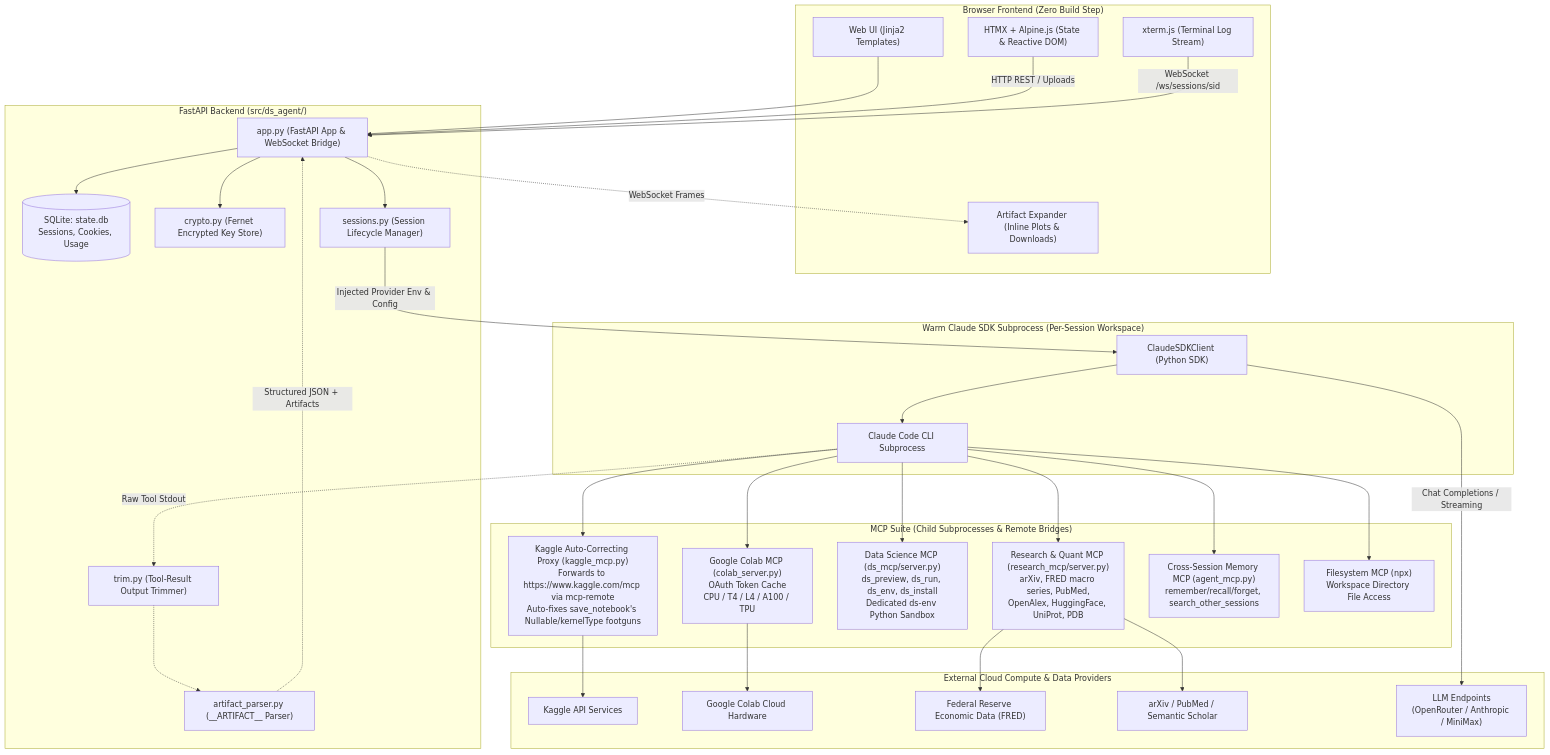
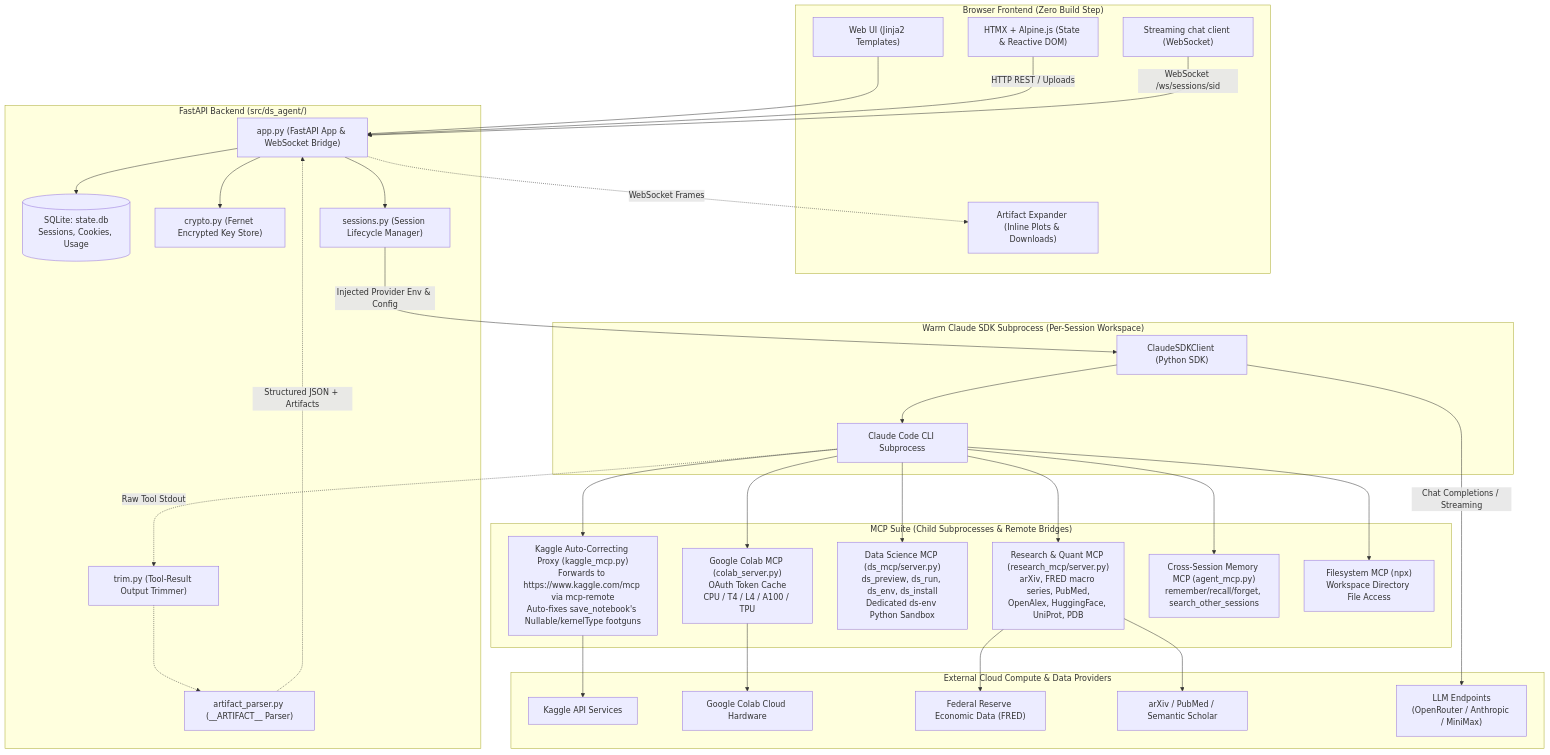
One commit to davidmiheev/ds-agent changed the first of 5 diagrams in docs/arch.md. Above: the diagram before and after it, drawn with Mermaid. The commit also changed 3 other files, not shown here.

First line of the commit message:
docs: add prioritized roadmap; fix stale terminal and model-hang claims

````diff
--- a/docs/arch.md
+++ b/docs/arch.md
@@ -11,66 +11,66 @@
 ```mermaid
 flowchart TD
     subgraph Client["Browser Frontend (Zero Build Step)"]
         UI["Web UI (Jinja2 Templates)"]
         HTMX["HTMX + Alpine.js (State & Reactive DOM)"]
-        XTerm["xterm.js (Terminal Log Stream)"]
+        XTerm["Streaming chat client (WebSocket)"]
         ArtExp["Artifact Expander (Inline Plots & Downloads)"]
     end
 
     subgraph Server["FastAPI Backend (src/ds_agent/)"]
         App["app.py (FastAPI App & WebSocket Bridge)"]
         DB[("SQLite: state.db\nSessions, Cookies, Usage")]
         Vault["crypto.py (Fernet Encrypted Key Store)"]
         Sessions["sessions.py (Session Lifecycle Manager)"]
         Parser["artifact_parser.py (__ARTIFACT__ Parser)"]
         Trimmer["trim.py (Tool-Result Output Trimmer)"]
     end
 
     subgraph Subprocess["Warm Claude SDK Subprocess (Per-Session Workspace)"]
         SDK["ClaudeSDKClient (Python SDK)"]
         CLI["Claude Code CLI Subprocess"]
     end
 
     subgraph MCPs["MCP Suite (Child Subprocesses & Remote Bridges)"]
         KaggleMCP["Kaggle Auto-Correcting Proxy (kaggle_mcp.py)\nForwards to https://www.kaggle.com/mcp via mcp-remote\nAuto-fixes save_notebook's Nullable/kernelType footguns"]
         ColabMCP["Google Colab MCP (colab_server.py)\nOAuth Token Cache\nCPU / T4 / L4 / A100 / TPU"]
         DSMCP["Data Science MCP (ds_mcp/server.py)\nds_preview, ds_run, ds_env, ds_install\nDedicated ds-env Python Sandbox"]
         ResearchMCP["Research & Quant MCP (research_mcp/server.py)\narXiv, FRED macro series, PubMed,\nOpenAlex, HuggingFace, UniProt, PDB"]
         MemoryMCP["Cross-Session Memory MCP (agent_mcp.py)\nremember/recall/forget, search_other_sessions"]
         FSMCP["Filesystem MCP (npx)\nWorkspace Directory File Access"]
     end
 
     subgraph External["External Cloud Compute & Data Providers"]
         KaggleAPI["Kaggle API Services"]
         ColabCloud["Google Colab Cloud Hardware"]
         FREDAPI["Federal Reserve Economic Data (FRED)"]
         arXivAPI["arXiv / PubMed / Semantic Scholar"]
         LLMGateways["LLM Endpoints\n(OpenRouter / Anthropic / MiniMax)"]
     end
 
     UI --> App
     HTMX -->|HTTP REST / Uploads| App
     XTerm -->|WebSocket /ws/sessions/sid| App
     App --> DB
     App --> Vault
     App --> Sessions
     Sessions -->|Injected Provider Env & Config| SDK
     SDK --> CLI
     CLI --> KaggleMCP
     CLI --> ColabMCP
     CLI --> DSMCP
     CLI --> ResearchMCP
     CLI --> MemoryMCP
     CLI --> FSMCP
 
     KaggleMCP --> KaggleAPI
     ColabMCP --> ColabCloud
     ResearchMCP --> FREDAPI
     ResearchMCP --> arXivAPI
     SDK -->|Chat Completions / Streaming| LLMGateways
 
     CLI -.->|Raw Tool Stdout| Trimmer
     Trimmer -.-> Parser
     Parser -.->|Structured JSON + Artifacts| App
     App -.->|WebSocket Frames| ArtExp
 ```
````
